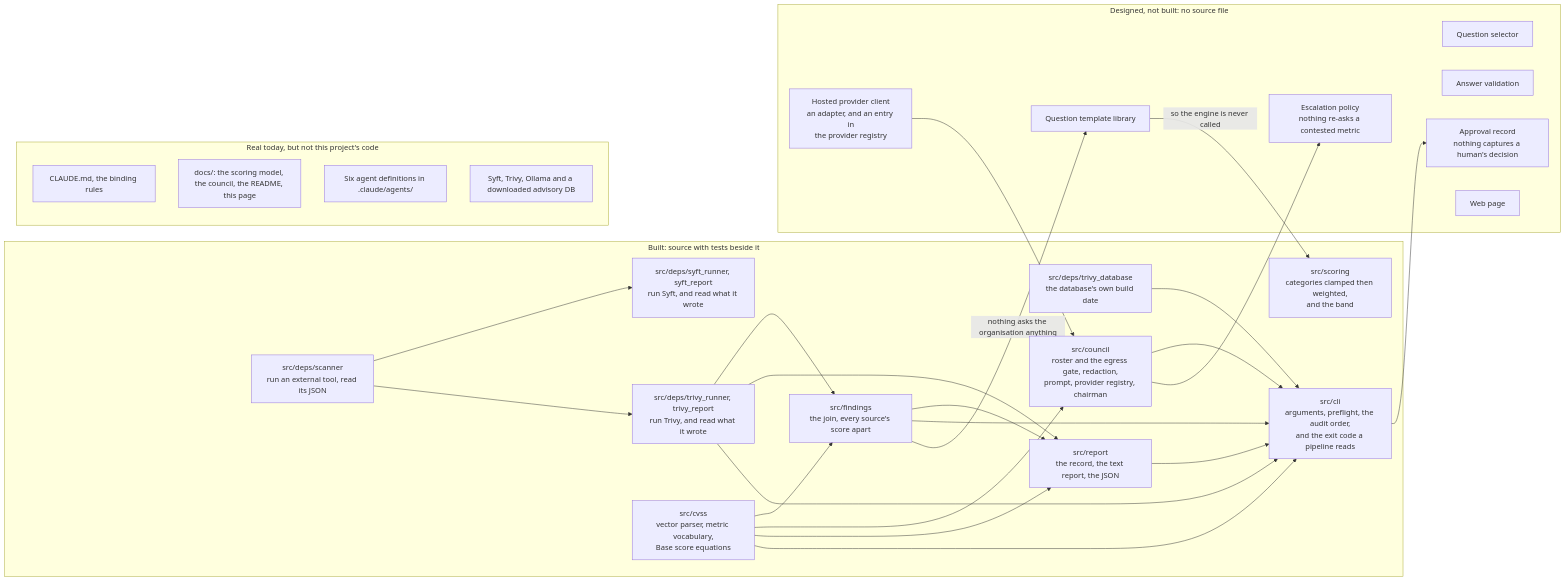
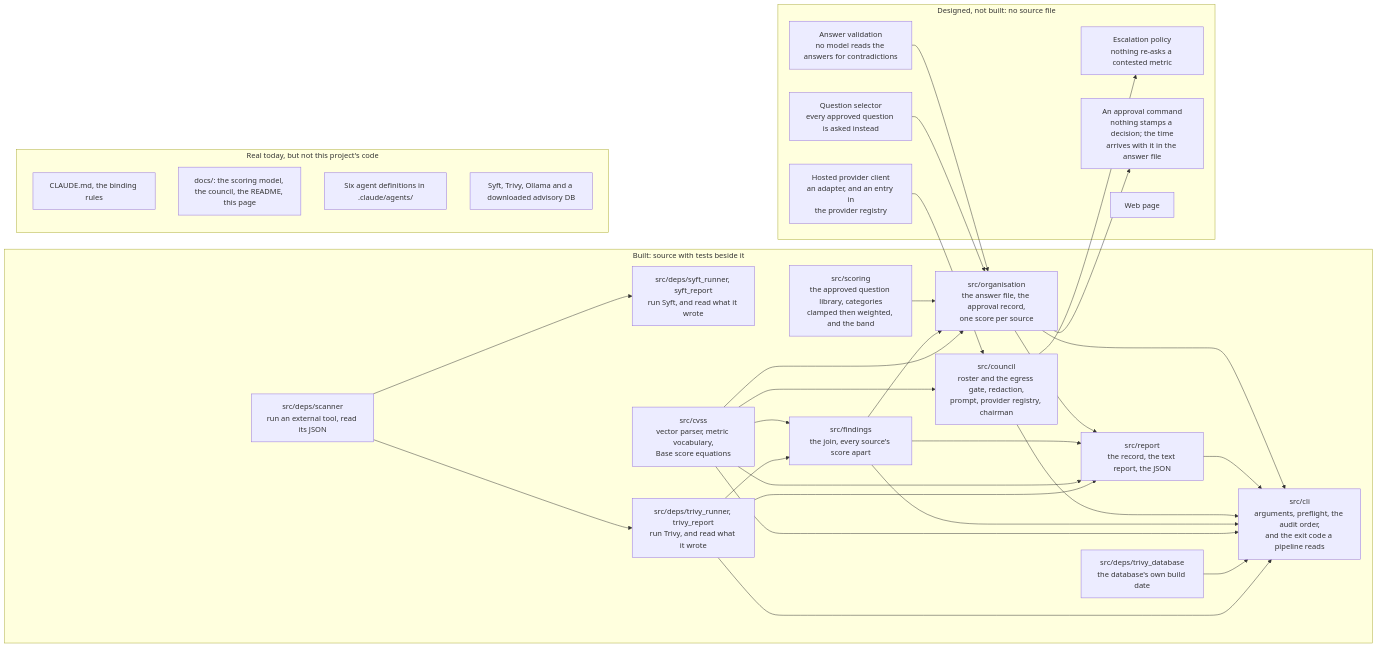
The fifth of 5 diagrams in docs/diagrams.md (heinthtnaung/AgenticLLMAppAuditor), drawn with Mermaid before and after one commit. The commit also changed other lines of this file and 2 other files, not shown here.

Commit message:
Document the organisation risk score

````diff
--- a/docs/diagrams.md
+++ b/docs/diagrams.md
@@ -361,52 +374,57 @@
 ```mermaid
 flowchart LR
     subgraph BUILT["Built: source with tests beside it"]
         b0["src/deps/scanner<br/>run an external tool, read its JSON"]
         b1["src/deps/syft_runner, syft_report<br/>run Syft, and read what it wrote"]
         b2["src/deps/trivy_runner, trivy_report<br/>run Trivy, and read what it wrote"]
         b3["src/deps/trivy_database<br/>the database's own build date"]
         b4["src/cvss<br/>vector parser, metric vocabulary,<br/>Base score equations"]
         b5["src/findings<br/>the join, every source's score apart"]
         b7["src/council<br/>roster and the egress gate, redaction,<br/>prompt, provider registry, chairman"]
         b8["src/report<br/>the record, the text report, the JSON"]
         b9["src/cli<br/>arguments, preflight, the audit order,<br/>and the exit code a pipeline reads"]
-        b6["src/scoring<br/>categories clamped then weighted,<br/>and the band"]
+        b6["src/scoring<br/>the approved question library, categories<br/>clamped then weighted, and the band"]
+        b10["src/organisation<br/>the answer file, the approval record,<br/>one score per source"]
         b0 --> b1
         b0 --> b2
         b2 --> b5
         b4 --> b5
         b4 --> b7
         b2 --> b8
         b4 --> b8
         b5 --> b8
         b2 --> b9
         b3 --> b9
         b4 --> b9
         b5 --> b9
         b7 --> b9
         b8 --> b9
+        b4 --> b10
+        b5 --> b10
+        b6 --> b10
+        b10 --> b8
+        b10 --> b9
     end
 
     subgraph UNBUILT["Designed, not built: no source file"]
-        d1["Question template library"]
-        d2["Question selector"]
-        d3["Answer validation"]
+        d2["Question selector<br/>every approved question is asked instead"]
+        d3["Answer validation<br/>no model reads the answers for contradictions"]
         d6["Hosted provider client<br/>an adapter, and an entry in<br/>the provider registry"]
         d11["Escalation policy<br/>nothing re-asks a contested metric"]
-        d12["Approval record<br/>nothing captures a human's decision"]
+        d12["An approval command<br/>nothing stamps a decision; the time<br/>arrives with it in the answer file"]
         d9["Web page"]
     end
 
-    b5 -- "nothing asks the organisation anything" --> d1
-    d1 -- "so the engine is never called" --> b6
     d6 --> b7
     b7 --> d11
-    b9 --> d12
+    d2 --> b10
+    d3 --> b10
+    b10 --> d12
 
     subgraph REAL["Real today, but not this project's code"]
         x1["CLAUDE.md, the binding rules"]
         x2["docs/: the scoring model, the council, the README, this page"]
         x3["Six agent definitions in .claude/agents/"]
         x4["Syft, Trivy, Ollama and a downloaded advisory DB"]
     end
 ```
````
